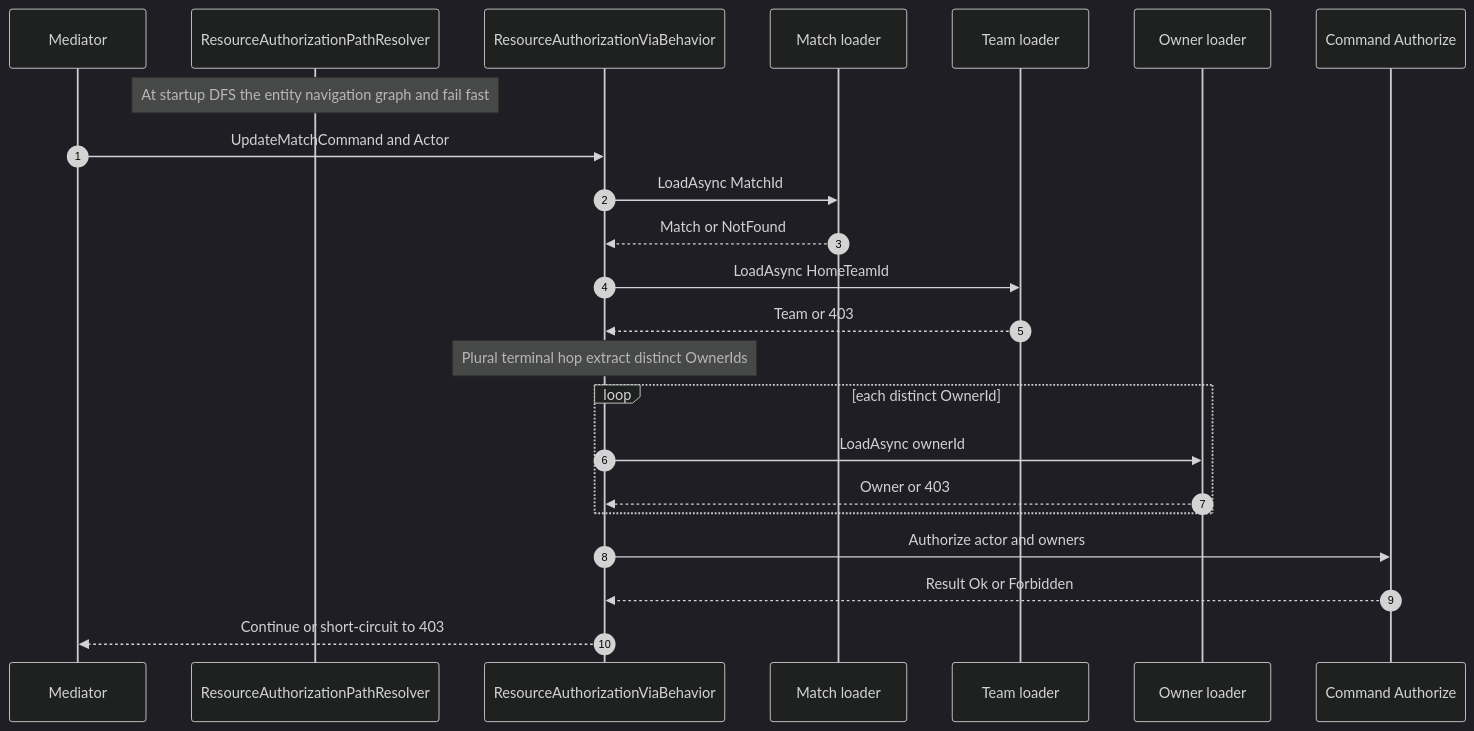
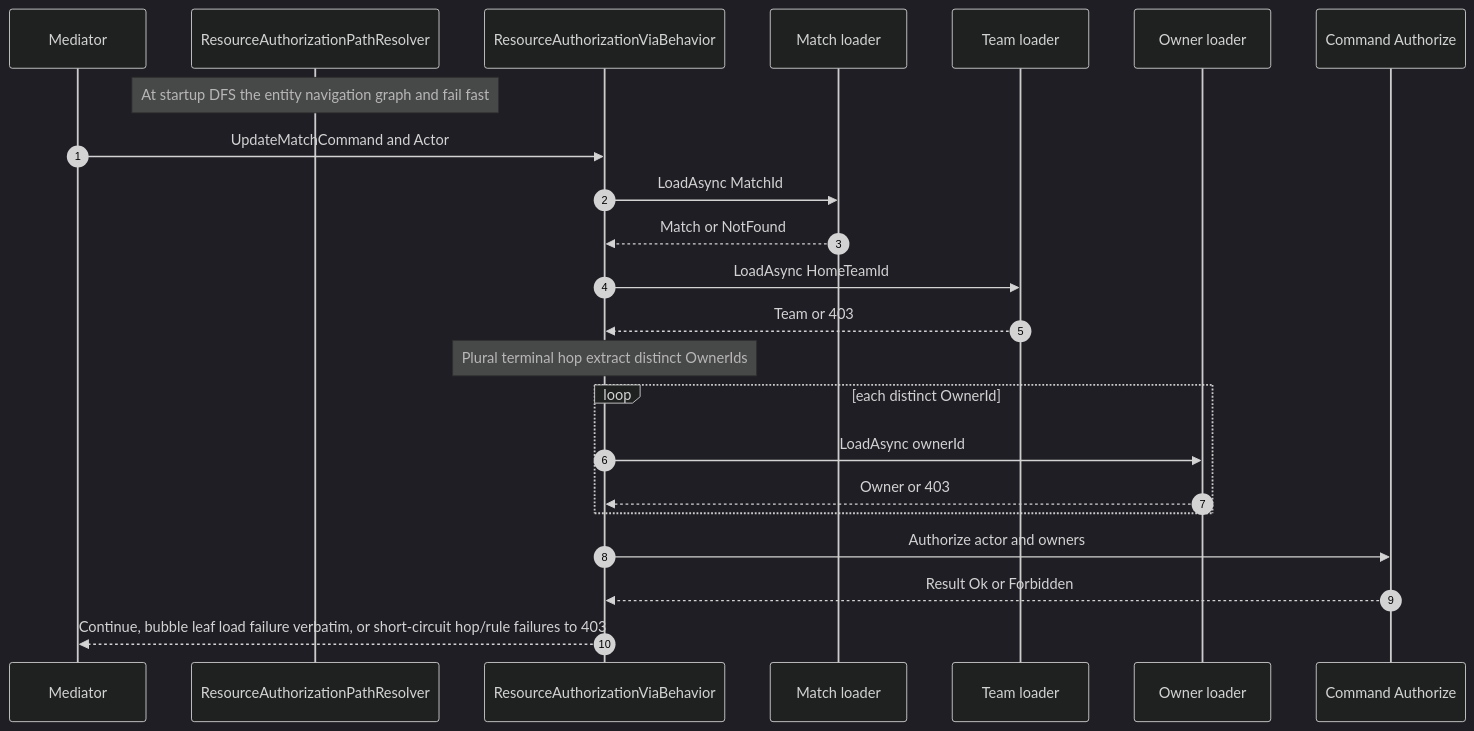
The seventh of 7 diagrams in docs/docfx_project/articles/integration-asp-authorization.md (xavierjohn/FunctionalDDD), drawn with Mermaid (dark theme) before and after one commit. The commit also changed other lines of this file, not shown here.

````diff
--- a/docs/docfx_project/articles/integration-asp-authorization.md
+++ b/docs/docfx_project/articles/integration-asp-authorization.md
@@ -651,26 +651,26 @@
 ```mermaid
 sequenceDiagram
     autonumber
     participant Mediator
     participant Resolver as ResourceAuthorizationPathResolver
     participant Behavior as ResourceAuthorizationViaBehavior
     participant MatchLoader as Match loader
     participant TeamLoader as Team loader
     participant OwnerLoader as Owner loader
     participant Auth as Command Authorize
 
     Note over Resolver: At startup DFS the entity navigation graph and fail fast
     Mediator->>Behavior: UpdateMatchCommand and Actor
     Behavior->>MatchLoader: LoadAsync MatchId
     MatchLoader-->>Behavior: Match or NotFound
     Behavior->>TeamLoader: LoadAsync HomeTeamId
     TeamLoader-->>Behavior: Team or 403
     Note over Behavior: Plural terminal hop extract distinct OwnerIds
     loop each distinct OwnerId
         Behavior->>OwnerLoader: LoadAsync ownerId
         OwnerLoader-->>Behavior: Owner or 403
     end
     Behavior->>Auth: Authorize actor and owners
     Auth-->>Behavior: Result Ok or Forbidden
-    Behavior-->>Mediator: Continue or short-circuit to 403
+    Behavior-->>Mediator: Continue, bubble leaf load failure verbatim, or short-circuit hop/rule failures to 403
 ```
````
